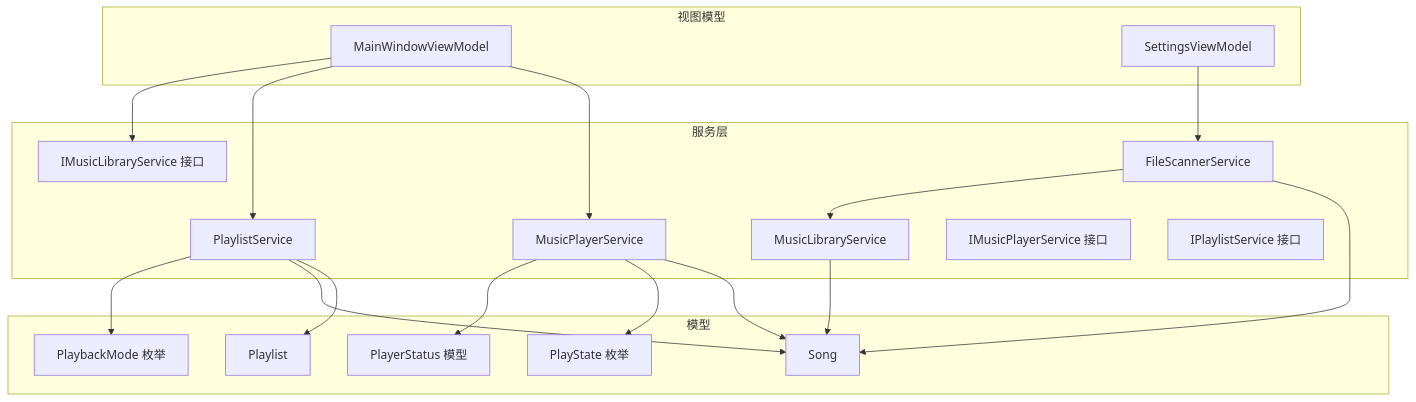
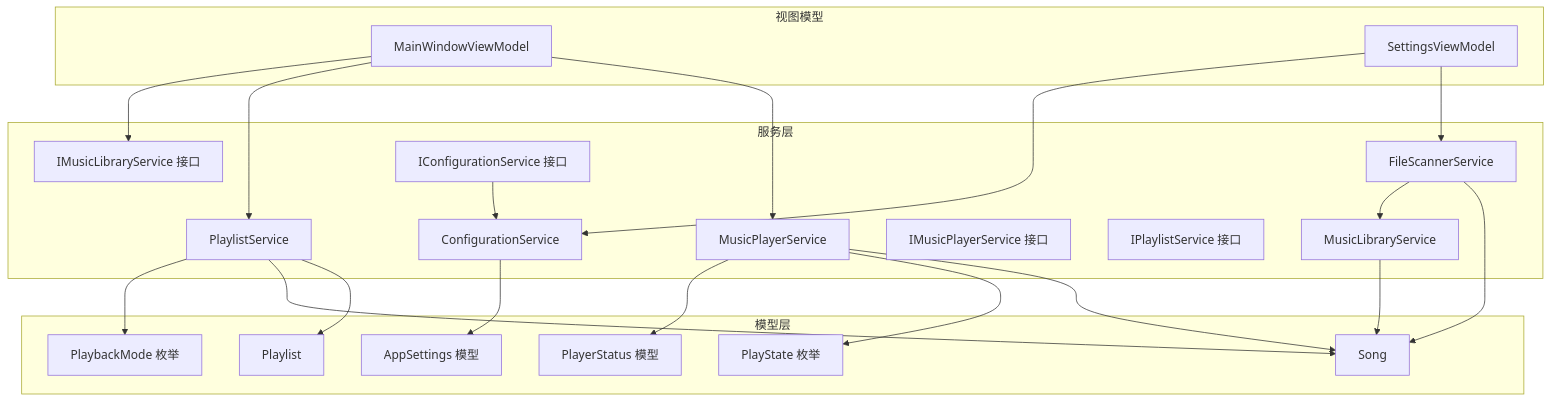
One commit to mariamjensen42-glitch/LocalMusicPlayer changed the first of 4 diagrams in .qoder/repowiki/zh/content/数据模型.md. Above: the diagram before and after it, drawn with Mermaid. The commit also changed other lines of this file and 14 other files, not shown here.

````diff
--- a/.qoder/repowiki/zh/content/数据模型.md
+++ b/.qoder/repowiki/zh/content/数据模型.md
@@ -39,36 +50,42 @@
 ```mermaid
 graph TB
-subgraph "模型"
+subgraph "模型层"
 S["Song"]
 P["Playlist"]
 PS["PlayState 枚举"]
 PM["PlaybackMode 枚举"]
 ST["PlayerStatus 模型"]
+AS["AppSettings 模型"]
 end
 subgraph "服务层"
 FSS["FileScannerService"]
 MLS["MusicLibraryService"]
 MPS["MusicPlayerService"]
 PLTS["PlaylistService"]
 IMS["IMusicPlayerService 接口"]
 IMSL["IMusicLibraryService 接口"]
 IPLS["IPlaylistService 接口"]
+CS["ConfigurationService"]
+ICS["IConfigurationService 接口"]
 end
 subgraph "视图模型"
 MVM["MainWindowViewModel"]
 SVM["SettingsViewModel"]
 end
 FSS --> S
 FSS --> MLS
 MLS --> S
 MPS --> S
 MPS --> PS
 MPS --> ST
 PLTS --> P
 PLTS --> S
 PLTS --> PM
+CS --> AS
+ICS --> CS
 MVM --> MPS
 MVM --> PLTS
 MVM --> IMSL
 SVM --> FSS
+SVM --> CS
 ```
````
